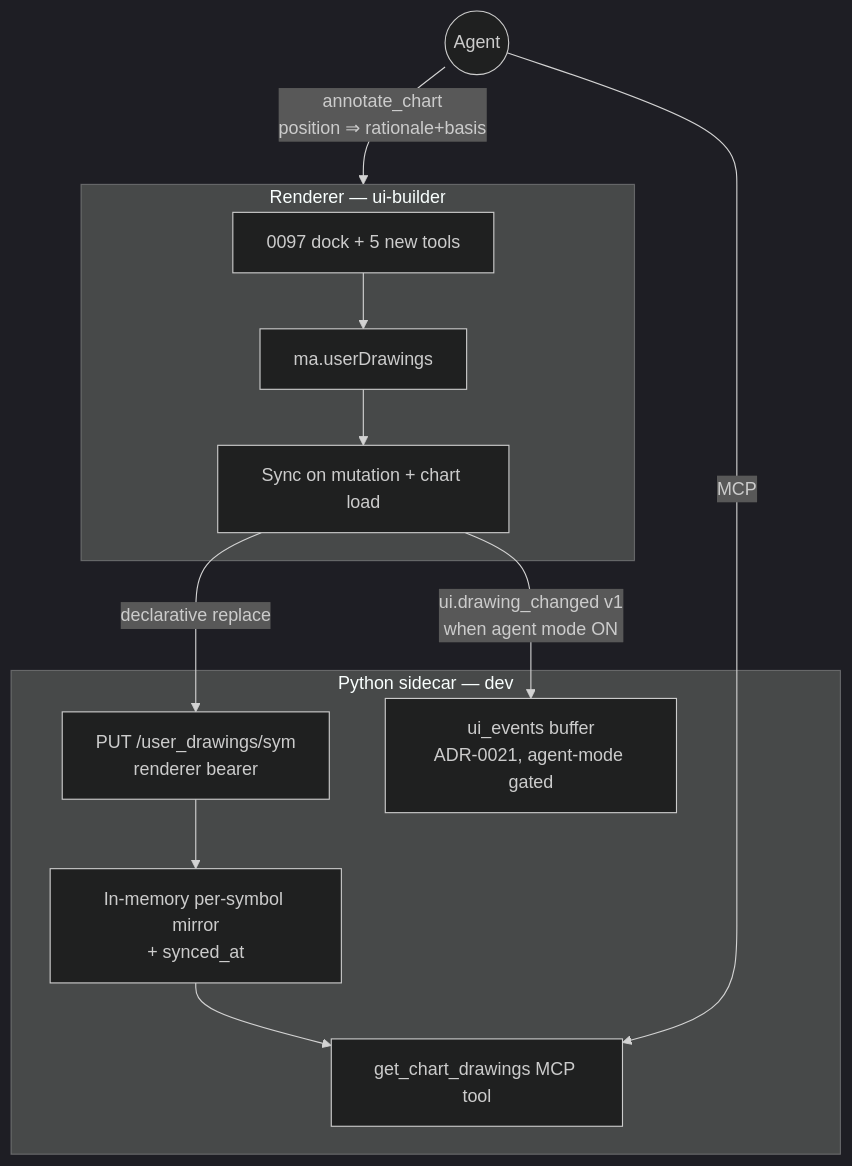
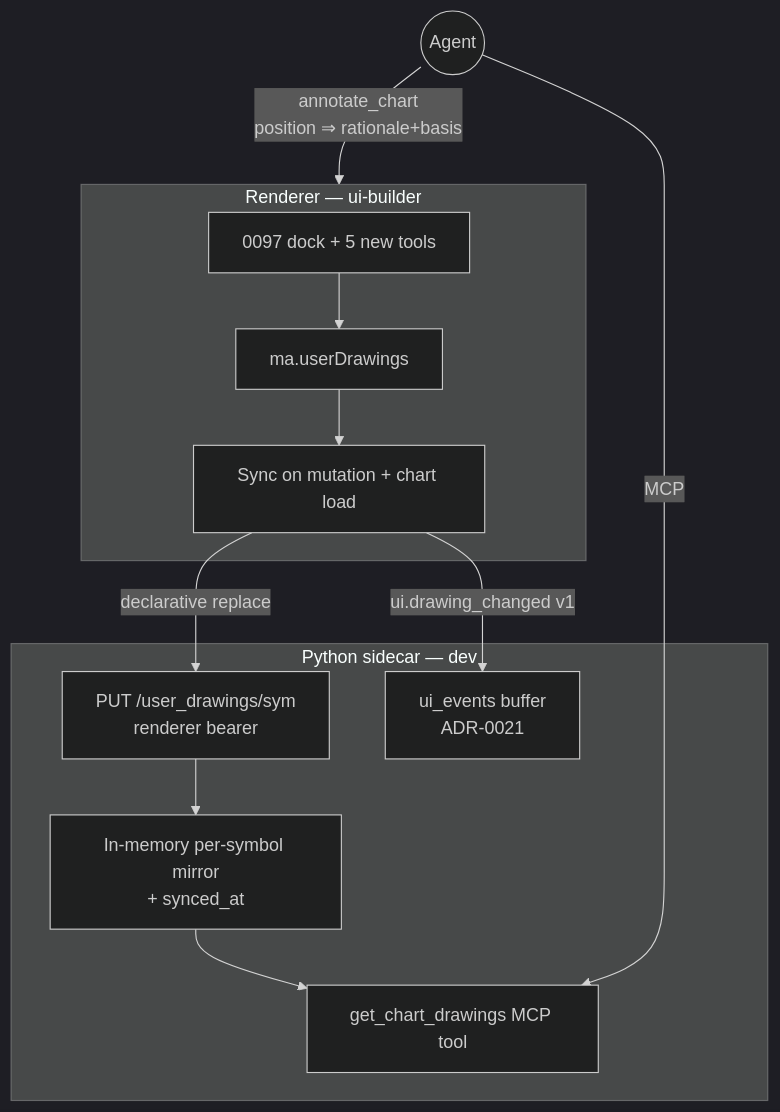
One commit to IgorKonovalov/market-analyzer changed the diagram in docs/architecture/plans/0104-drawing-readback-and-position-tools.md. Above: the diagram before and after it, drawn with Mermaid (dark theme). The commit also changed other lines of this file and 2 other files, not shown here.

````diff
--- a/docs/architecture/plans/0104-drawing-readback-and-position-tools.md
+++ b/docs/architecture/plans/0104-drawing-readback-and-position-tools.md
@@ -23,20 +24,20 @@
 ```mermaid
 flowchart TB
     subgraph renderer[Renderer — ui-builder]
         dock[0097 dock + 5 new tools]
         store[ma.userDrawings]
         sync[Sync on mutation + chart load]
         dock --> store --> sync
     end
     subgraph sidecar[Python sidecar — dev]
         route[PUT /user_drawings/sym<br/>renderer bearer]
         mirror[In-memory per-symbol mirror<br/>+ synced_at]
         tool[get_chart_drawings MCP tool]
-        buf[ui_events buffer<br/>ADR-0021, agent-mode gated]
+        buf[ui_events buffer<br/>ADR-0021]
         route --> mirror --> tool
     end
     sync -- declarative replace --> route
-    sync -- ui.drawing_changed v1<br/>when agent mode ON --> buf
+    sync -- ui.drawing_changed v1 --> buf
     agent((Agent)) -- MCP --> tool
     agent -- annotate_chart<br/>position ⇒ rationale+basis --> renderer
 ```
````
